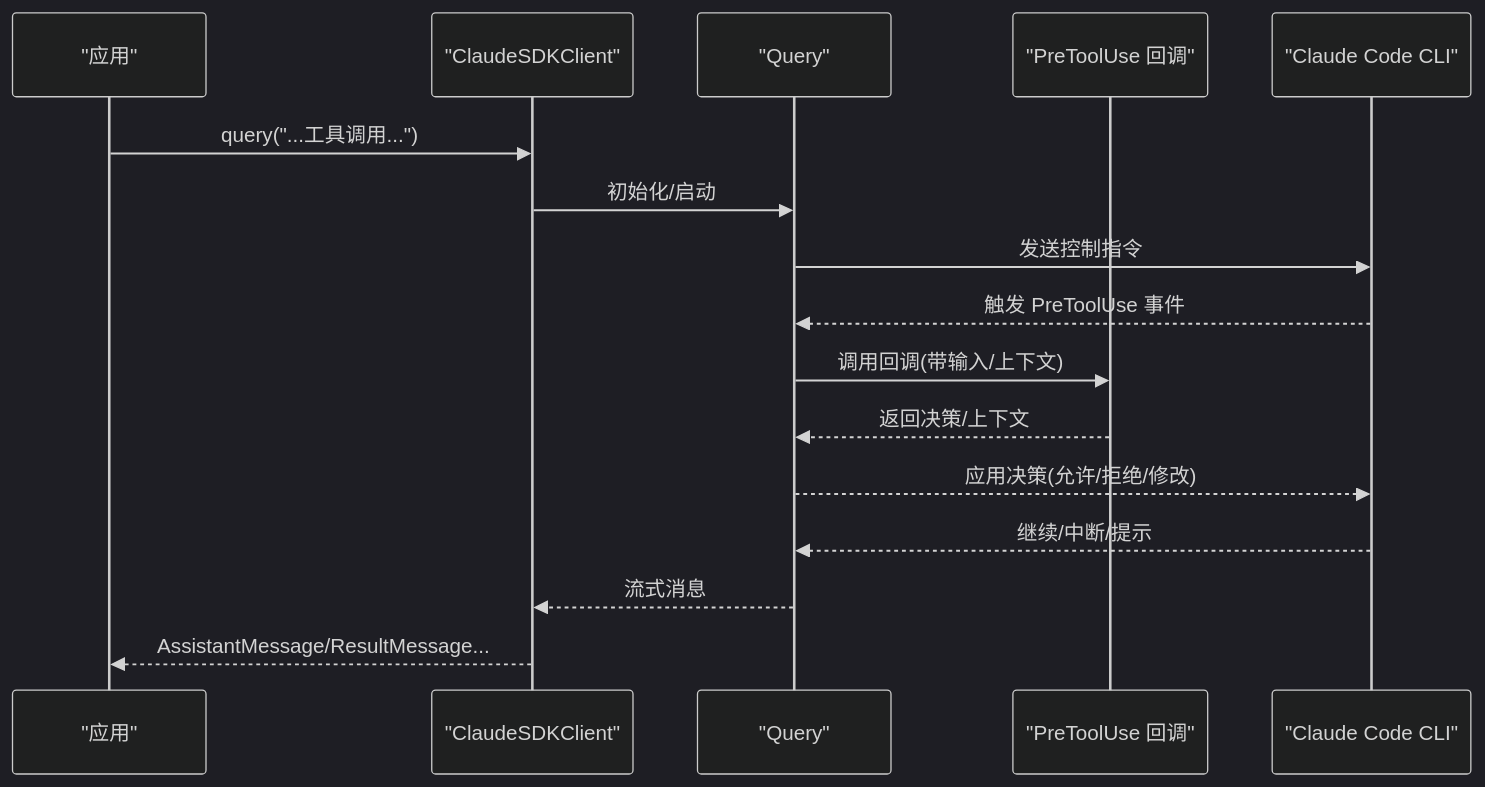
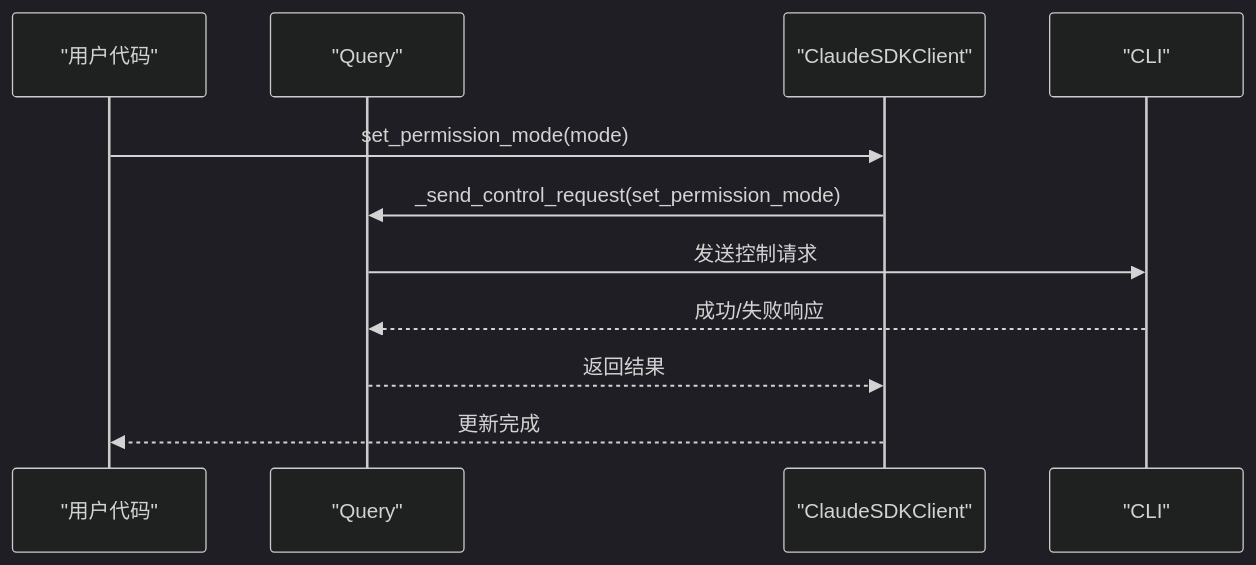
Before and after one commit to defulat-coder/claude-agent-sdk-python: the fourth of 8 diagrams in .qoder/repowiki/zh/content/高级功能/高级功能.md, drawn with Mermaid (dark theme). The commit also changed other lines of this file and 77 other files, not shown here.

````diff
--- a/.qoder/repowiki/zh/content/高级功能/高级功能.md
+++ b/.qoder/repowiki/zh/content/高级功能/高级功能.md
@@ -169,18 +214,13 @@
 ```mermaid
 sequenceDiagram
-participant App as "应用"
-participant Client as "ClaudeSDKClient"
-participant Query as "Query"
-participant Hooks as "PreToolUse 回调"
-participant CLI as "Claude Code CLI"
-App->>Client : query("...工具调用...")
-Client->>Query : 初始化/启动
-Query->>CLI : 发送控制指令
-CLI-->>Query : 触发 PreToolUse 事件
-Query->>Hooks : 调用回调(带输入/上下文)
-Hooks-->>Query : 返回决策/上下文
-Query-->>CLI : 应用决策(允许/拒绝/修改)
-CLI-->>Query : 继续/中断/提示
-Query-->>Client : 流式消息
-Client-->>App : AssistantMessage/ResultMessage...
+participant U as "用户代码"
+participant Q as "Query"
+participant C as "ClaudeSDKClient"
+participant CLI as "CLI"
+U->>C : set_permission_mode(mode)
+C->>Q : _send_control_request(set_permission_mode)
+Q->>CLI : 发送控制请求
+CLI-->>Q : 成功/失败响应
+Q-->>C : 返回结果
+C-->>U : 更新完成
 ```
````
